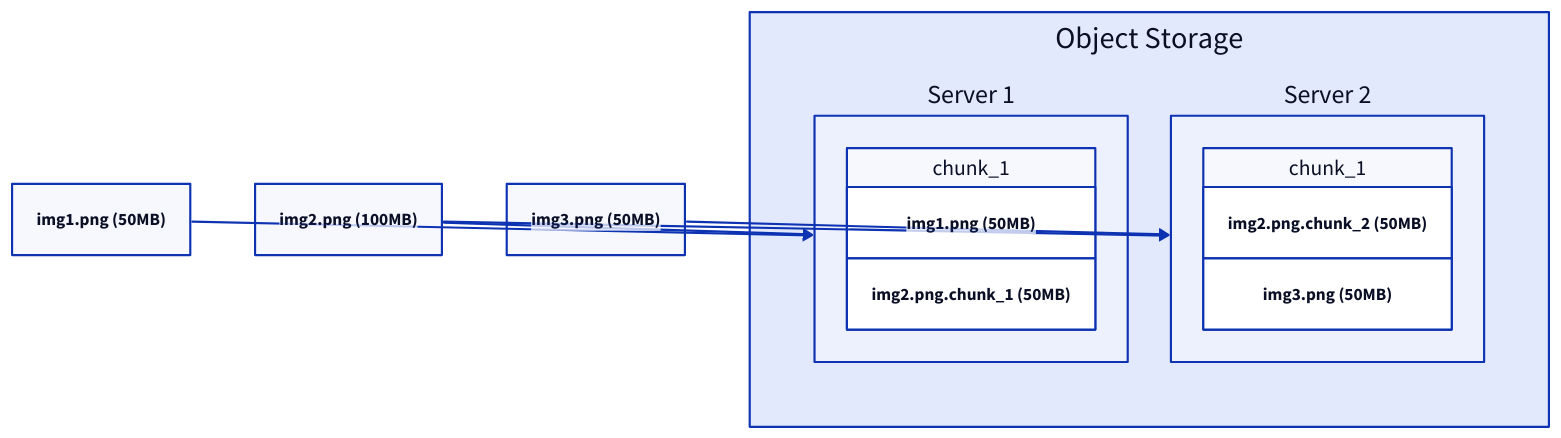
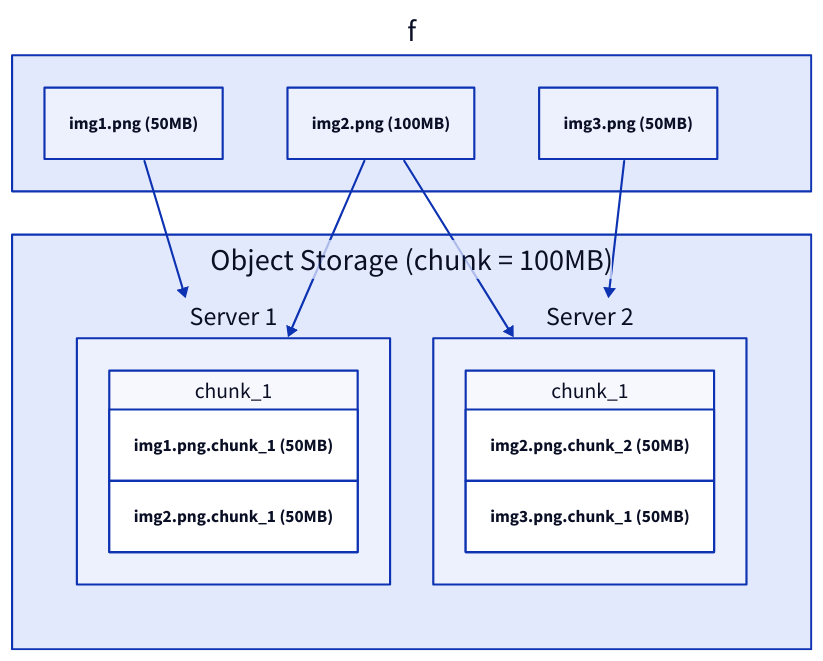
Before and after one commit to link1905/system-design-101: the ninth of 19 diagrams in content/docs/data-persistence/media-storage.md, drawn with D2. The commit also changed other lines of this file and 40 other files, not shown here.

````diff
--- a/content/docs/data-persistence/media-storage.md
+++ b/content/docs/data-persistence/media-storage.md
@@ -255,28 +269,32 @@
 ```d2
-f1: "img1.png (50MB)" { class: file }
-f2: "img2.png (100MB)" { class: file }
-f3: "img3.png (50MB)" { class: file }
-o: Object Storage {
+grid-rows: 2
+f: {
+  class: none
+  f1: "img1.png (50MB)" { class: file }
+  f2: "img2.png (100MB)" { class: file }
+  f3: "img3.png (50MB)" { class: file }
+}
+o: Object Storage (chunk = 100MB) {
   grid-rows: 1
   s1: Server 1 {
     c1: "chunk_1" {
       grid-rows: 2
       grid-gap: 0
-      "img1.png (50MB)"
+      "img1.png.chunk_1 (50MB)"
       "img2.png.chunk_1 (50MB)"
     }
   }
   s2: Server 2 {
     c1: "chunk_1" {
       grid-rows: 2
       grid-gap: 0
       "img2.png.chunk_2 (50MB)"
-      "img3.png (50MB)"
+      "img3.png.chunk_1 (50MB)"
     }
   }
 }
-f1 -> o.s1
-f2 -> o.s1
-f2 -> o.s2
-f3 -> o.s2
+f.f1 -> o.s1
+f.f2 -> o.s1
+f.f2 -> o.s2
+f.f3 -> o.s2
 ```
````
